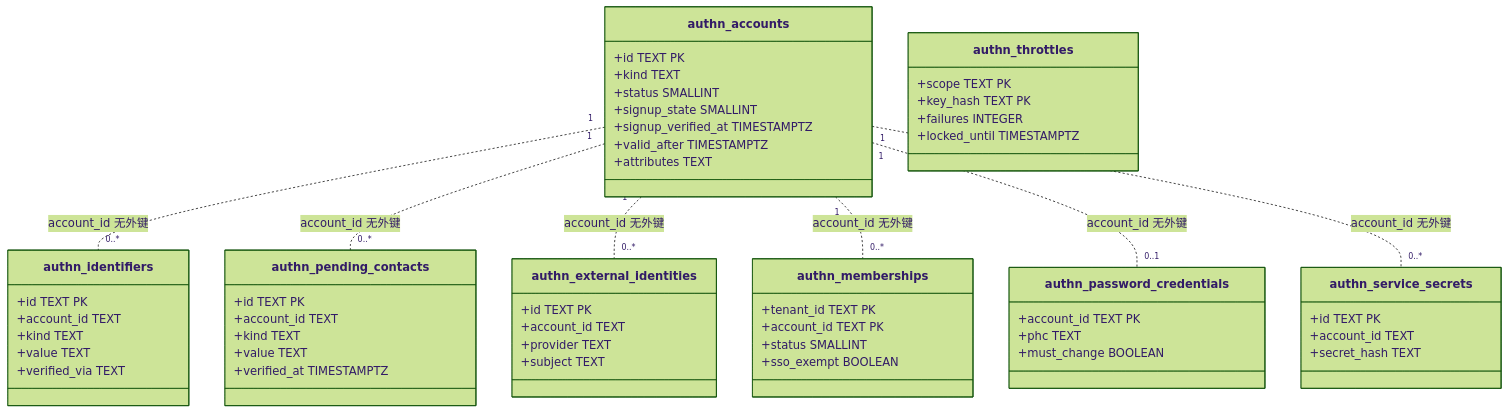
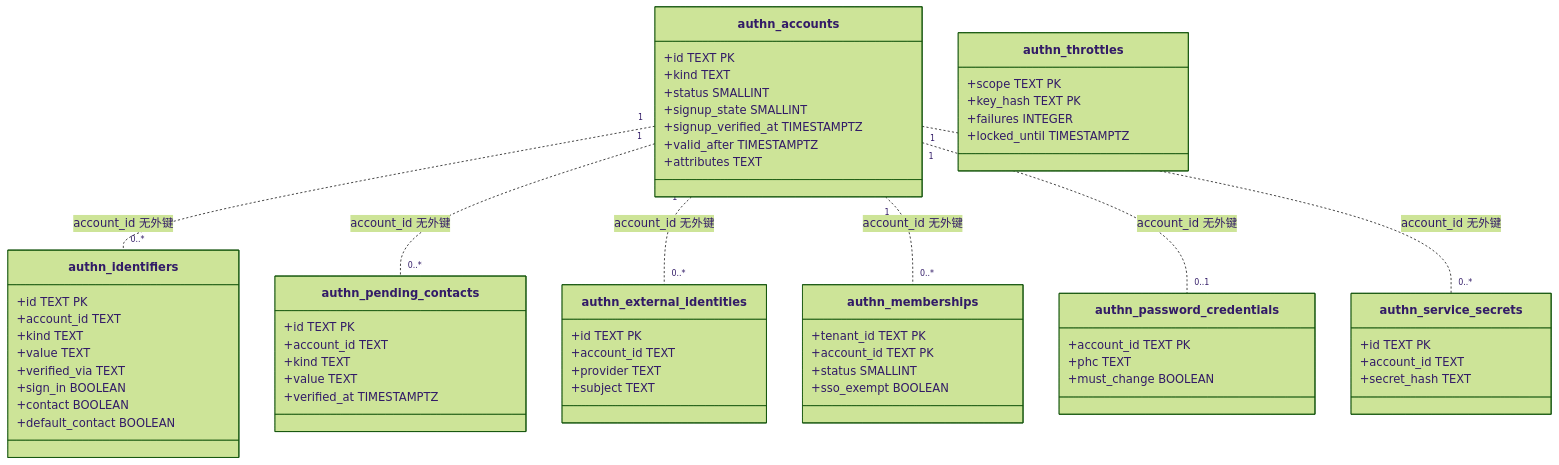
The first of 4 diagrams in docs/design/modules/authn/design-authn-account.md (wangzw/speed), drawn with Mermaid (forest theme) before and after one commit. The commit also changed other lines of this file and 50 other files, not shown here.

````diff
--- a/docs/design/modules/authn/design-authn-account.md
+++ b/docs/design/modules/authn/design-authn-account.md
@@ -323,60 +331,63 @@
 ```mermaid
 classDiagram
     class authn_accounts {
         +id TEXT PK
         +kind TEXT
         +status SMALLINT
         +signup_state SMALLINT
         +signup_verified_at TIMESTAMPTZ
         +valid_after TIMESTAMPTZ
         +attributes TEXT
     }
     class authn_identifiers {
         +id TEXT PK
         +account_id TEXT
         +kind TEXT
         +value TEXT
         +verified_via TEXT
+        +sign_in BOOLEAN
+        +contact BOOLEAN
+        +default_contact BOOLEAN
     }
     class authn_pending_contacts {
         +id TEXT PK
         +account_id TEXT
         +kind TEXT
         +value TEXT
         +verified_at TIMESTAMPTZ
     }
     class authn_external_identities {
         +id TEXT PK
         +account_id TEXT
         +provider TEXT
         +subject TEXT
     }
     class authn_memberships {
         +tenant_id TEXT PK
         +account_id TEXT PK
         +status SMALLINT
         +sso_exempt BOOLEAN
     }
     class authn_password_credentials {
         +account_id TEXT PK
         +phc TEXT
         +must_change BOOLEAN
     }
     class authn_service_secrets {
         +id TEXT PK
         +account_id TEXT
         +secret_hash TEXT
     }
     class authn_throttles {
         +scope TEXT PK
         +key_hash TEXT PK
         +failures INTEGER
         +locked_until TIMESTAMPTZ
     }
     authn_accounts "1" .. "0..*" authn_identifiers : account_id 无外键
     authn_accounts "1" .. "0..*" authn_pending_contacts : account_id 无外键
     authn_accounts "1" .. "0..*" authn_external_identities : account_id 无外键
     authn_accounts "1" .. "0..*" authn_memberships : account_id 无外键
     authn_accounts "1" .. "0..1" authn_password_credentials : account_id 无外键
     authn_accounts "1" .. "0..*" authn_service_secrets : account_id 无外键
 ```
````
